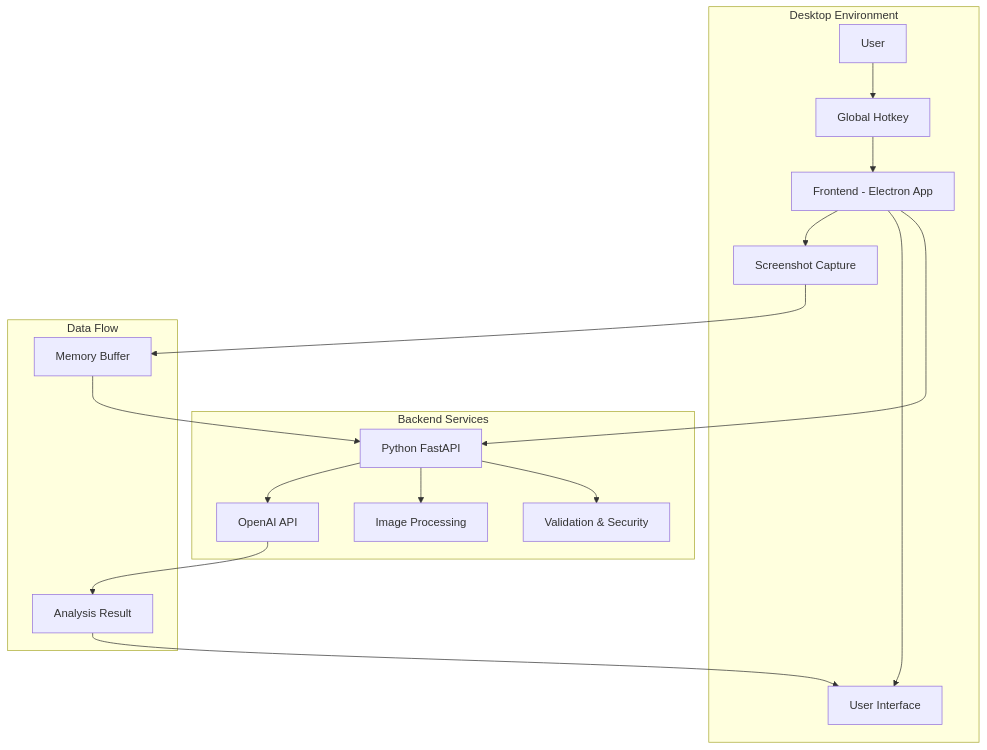
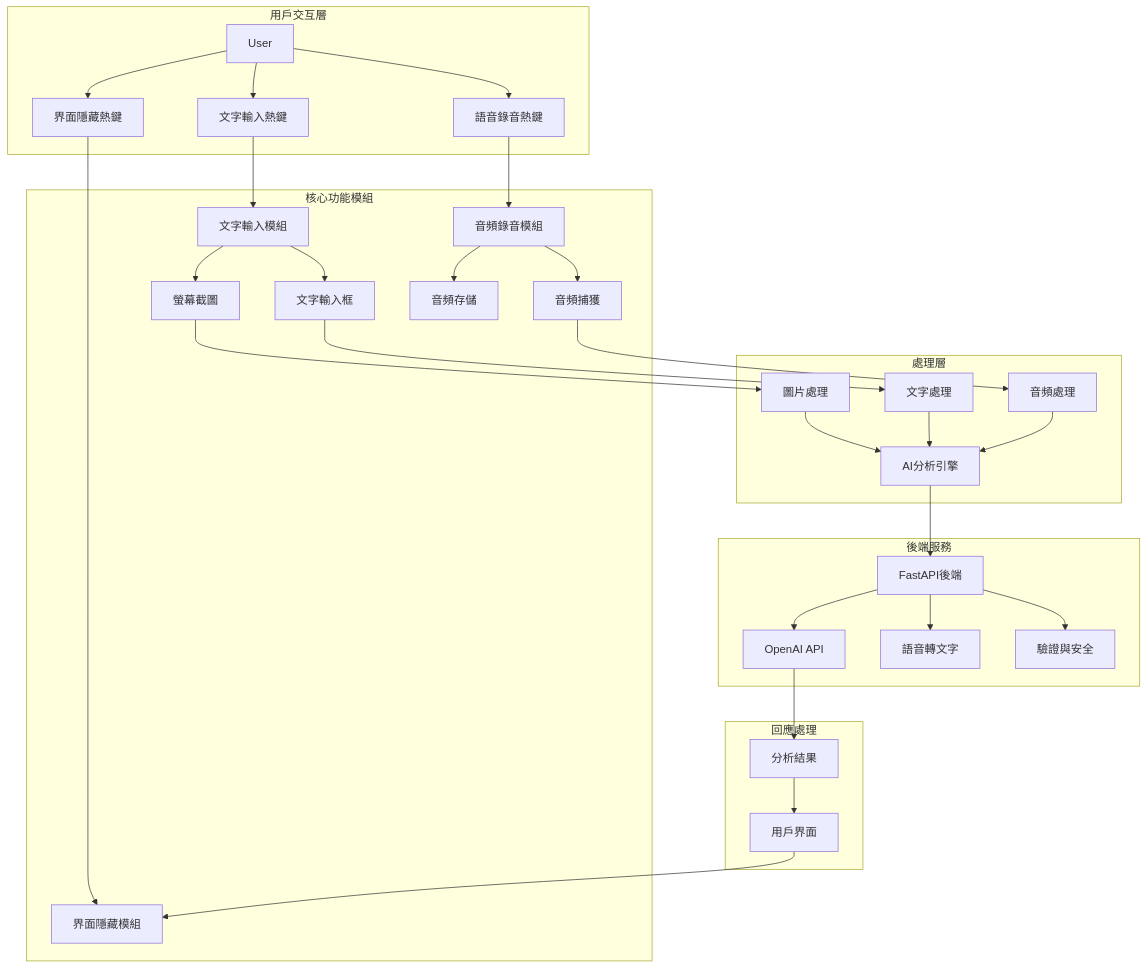
One commit to Mai0313/ghost-ai changed the first of 3 diagrams in .kiro/specs/ghost-ai/design.md. Above: the diagram before and after it, drawn with Mermaid. The commit also changed other lines of this file and 2 other files, not shown here.

````diff
--- a/.kiro/specs/ghost-ai/design.md
+++ b/.kiro/specs/ghost-ai/design.md
@@ -11,23 +11,42 @@
 ```mermaid
 graph TB
-    subgraph "Desktop Environment"
-        U[User] --> HK[Global Hotkey]
-        HK --> FE[Frontend - Electron App]
-        FE --> SC[Screenshot Capture]
-        FE --> UI[User Interface]
+    subgraph "用戶交互層"
+        U[User] --> HK1[文字輸入熱鍵]
+        U --> HK2[語音錄音熱鍵]
+        U --> HK3[界面隱藏熱鍵]
     end
 
-    subgraph "Backend Services"
-        FE --> API[Python FastAPI]
-        API --> OAI[OpenAI API]
-        API --> IMG[Image Processing]
-        API --> VAL[Validation & Security]
+    subgraph "核心功能模組"
+        HK1 --> TIM[文字輸入模組]
+        HK2 --> ARM[音頻錄音模組]
+        HK3 --> HIM[界面隱藏模組]
+        
+        TIM --> SC[螢幕截圖]
+        TIM --> TI[文字輸入框]
+        ARM --> AR[音頻捕獲]
+        ARM --> AS[音頻存儲]
     end
 
-    subgraph "Data Flow"
-        SC --> MEM[Memory Buffer]
-        MEM --> API
-        OAI --> RES[Analysis Result]
-        RES --> UI
+    subgraph "處理層"
+        SC --> IP[圖片處理]
+        TI --> TP[文字處理]
+        AR --> AP[音頻處理]
+        
+        IP --> AI[AI分析引擎]
+        TP --> AI
+        AP --> AI
+    end
+
+    subgraph "後端服務"
+        AI --> API[FastAPI後端]
+        API --> OAI[OpenAI API]
+        API --> STT[語音轉文字]
+        API --> VAL[驗證與安全]
+    end
+
+    subgraph "回應處理"
+        OAI --> RES[分析結果]
+        RES --> UI[用戶界面]
+        UI --> HIM
     end
 ```
````
